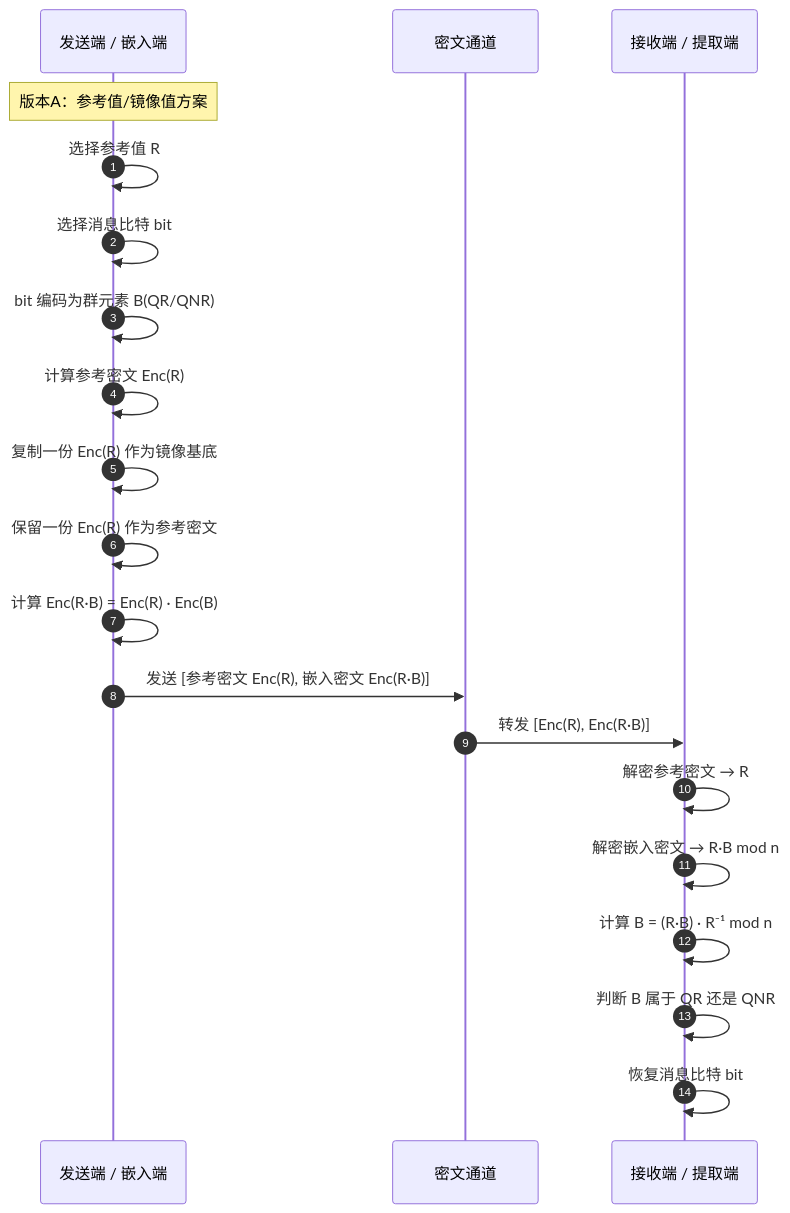
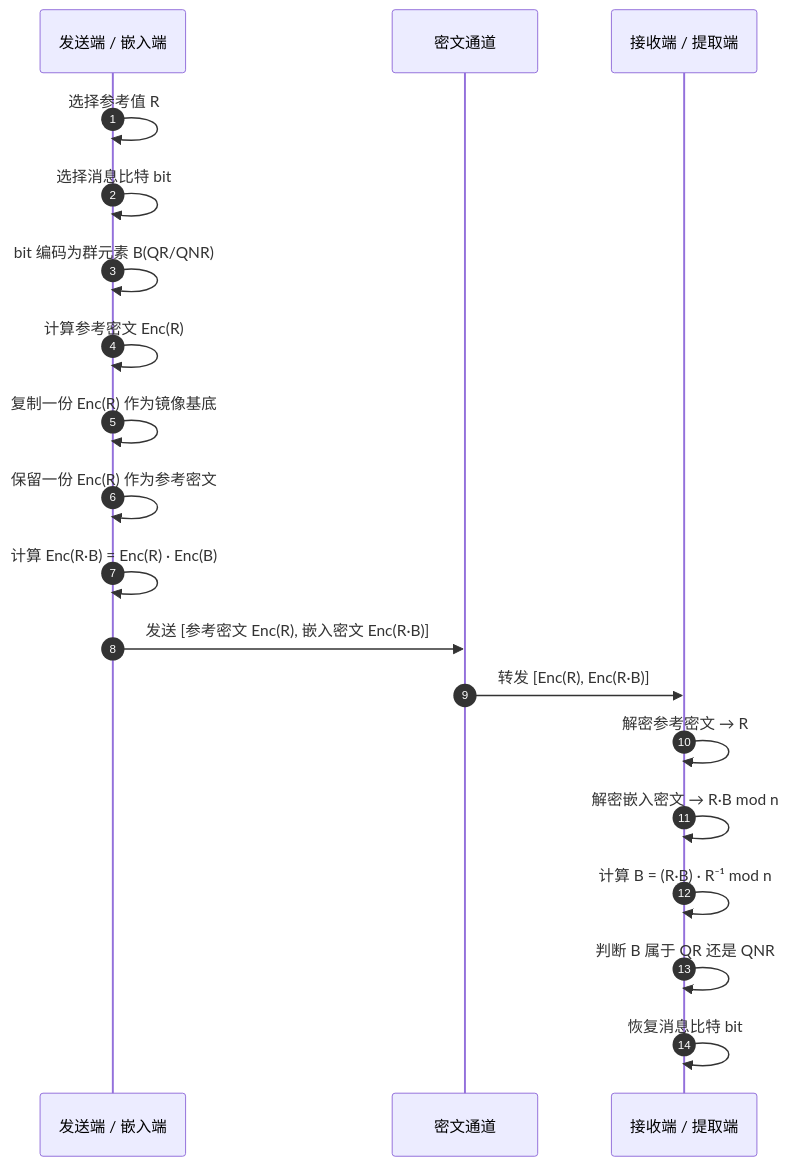
One commit to TracerWWW/iodraw-files changed the diagram in all/t.md. Above: the diagram before and after it, drawn with Mermaid.

Commit message:
2026-03-27 13:48:50 update

````diff
--- a/all/t.md
+++ b/all/t.md
@@ -1,28 +1,27 @@
 ```mermaid
 sequenceDiagram
     autonumber
     participant S as 发送端 / 嵌入端
     participant C as 密文通道
     participant R as 接收端 / 提取端
 
-    Note over S: 版本A：参考值/镜像值方案
 
     S->>S: 选择参考值 R
     S->>S: 选择消息比特 bit
     S->>S: bit 编码为群元素 B(QR/QNR)
 
     S->>S: 计算参考密文 Enc(R)
     S->>S: 复制一份 Enc(R) 作为镜像基底
     S->>S: 保留一份 Enc(R) 作为参考密文
 
     S->>S: 计算 Enc(R·B) = Enc(R) · Enc(B)
     S->>C: 发送 [参考密文 Enc(R), 嵌入密文 Enc(R·B)]
 
     C->>R: 转发 [Enc(R), Enc(R·B)]
 
     R->>R: 解密参考密文 → R
     R->>R: 解密嵌入密文 → R·B mod n
     R->>R: 计算 B = (R·B) · R⁻¹ mod n
     R->>R: 判断 B 属于 QR 还是 QNR
     R->>R: 恢复消息比特 bit
 ```
````
